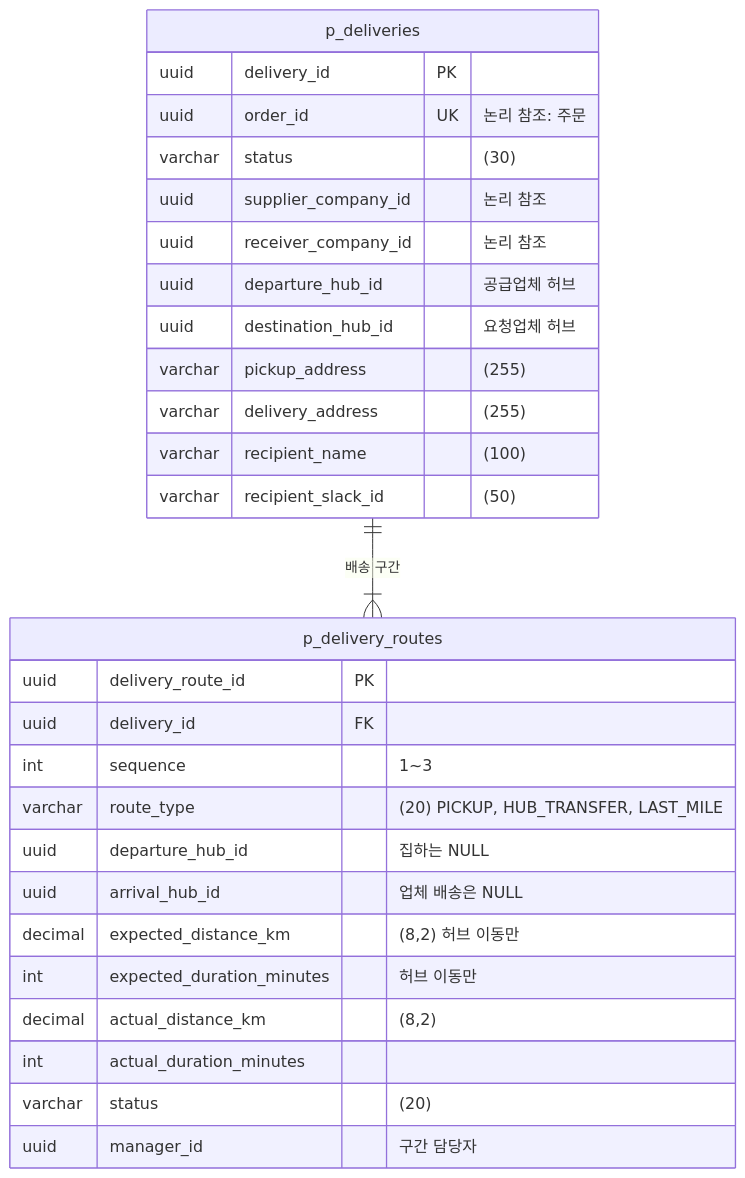
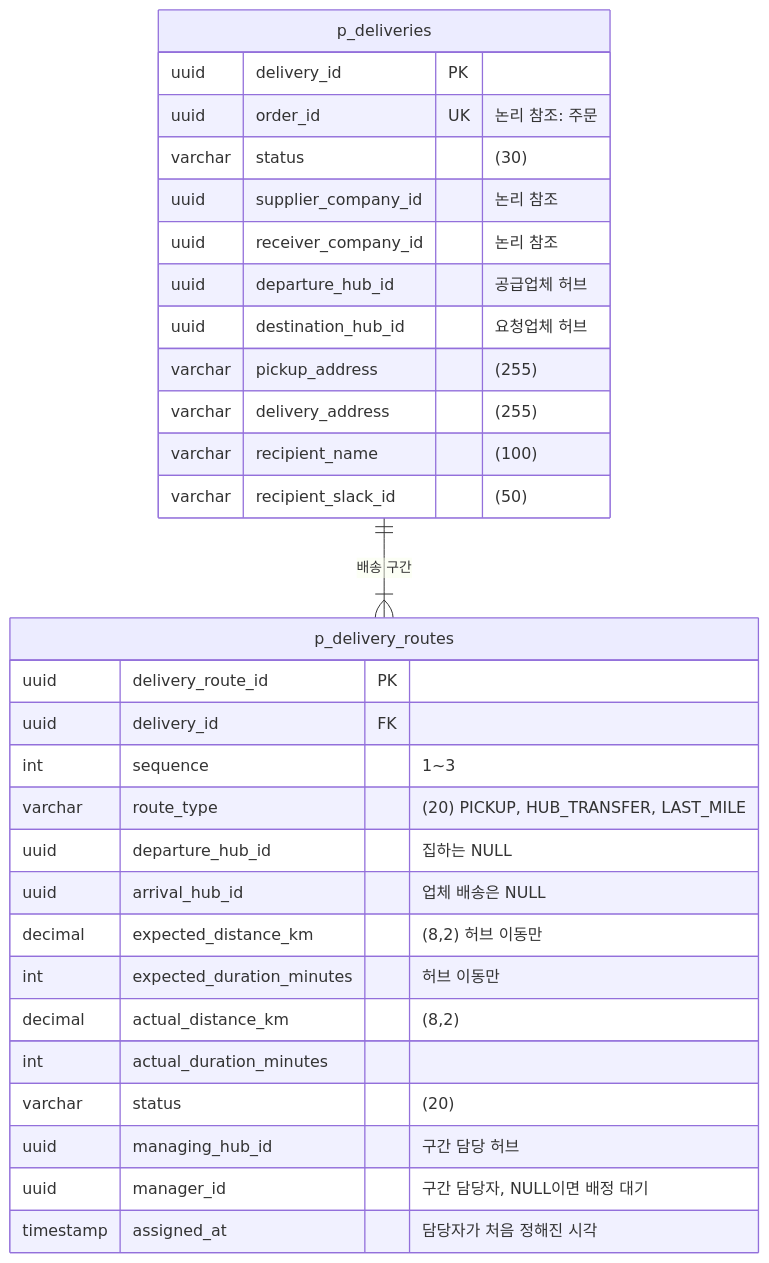
Before and after one commit to logistics-group3/logistics-management: the sixth of 6 diagrams in delivery-service/docs/domain/delivery.md, drawn with Mermaid. The commit also changed other lines of this file and 42 other files, not shown here.

````diff
--- a/delivery-service/docs/domain/delivery.md
+++ b/delivery-service/docs/domain/delivery.md
@@ -339,31 +338,33 @@
 ```mermaid
 erDiagram
     p_deliveries ||--|{ p_delivery_routes : "배송 구간"
     p_deliveries {
         uuid delivery_id PK
         uuid order_id UK "논리 참조: 주문"
         varchar status "(30)"
         uuid supplier_company_id "논리 참조"
         uuid receiver_company_id "논리 참조"
         uuid departure_hub_id "공급업체 허브"
         uuid destination_hub_id "요청업체 허브"
         varchar pickup_address "(255)"
         varchar delivery_address "(255)"
         varchar recipient_name "(100)"
         varchar recipient_slack_id "(50)"
     }
     p_delivery_routes {
         uuid delivery_route_id PK
         uuid delivery_id FK
         int sequence "1~3"
         varchar route_type "(20) PICKUP, HUB_TRANSFER, LAST_MILE"
         uuid departure_hub_id "집하는 NULL"
         uuid arrival_hub_id "업체 배송은 NULL"
         decimal expected_distance_km "(8,2) 허브 이동만"
         int expected_duration_minutes "허브 이동만"
         decimal actual_distance_km "(8,2)"
         int actual_duration_minutes
         varchar status "(20)"
-        uuid manager_id "구간 담당자"
+        uuid managing_hub_id "구간 담당 허브"
+        uuid manager_id "구간 담당자, NULL이면 배정 대기"
+        timestamp assigned_at "담당자가 처음 정해진 시각"
     }
 ```
````
